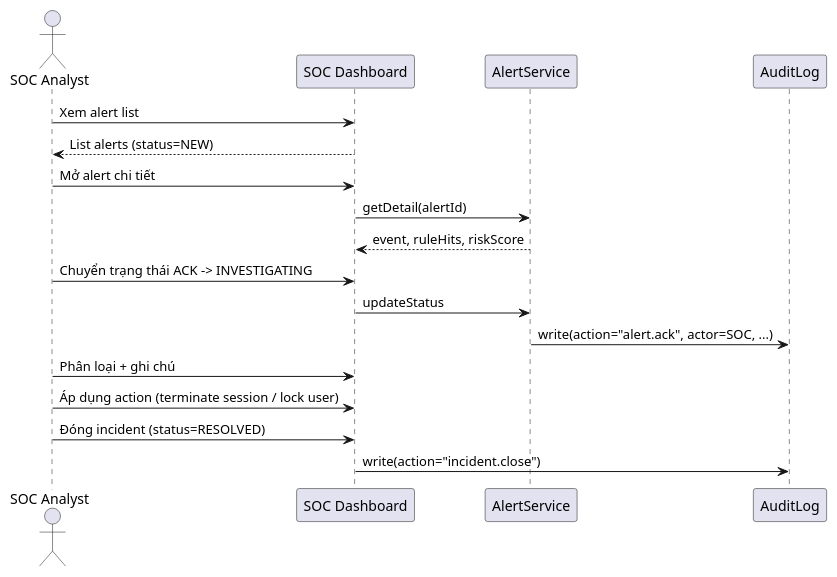
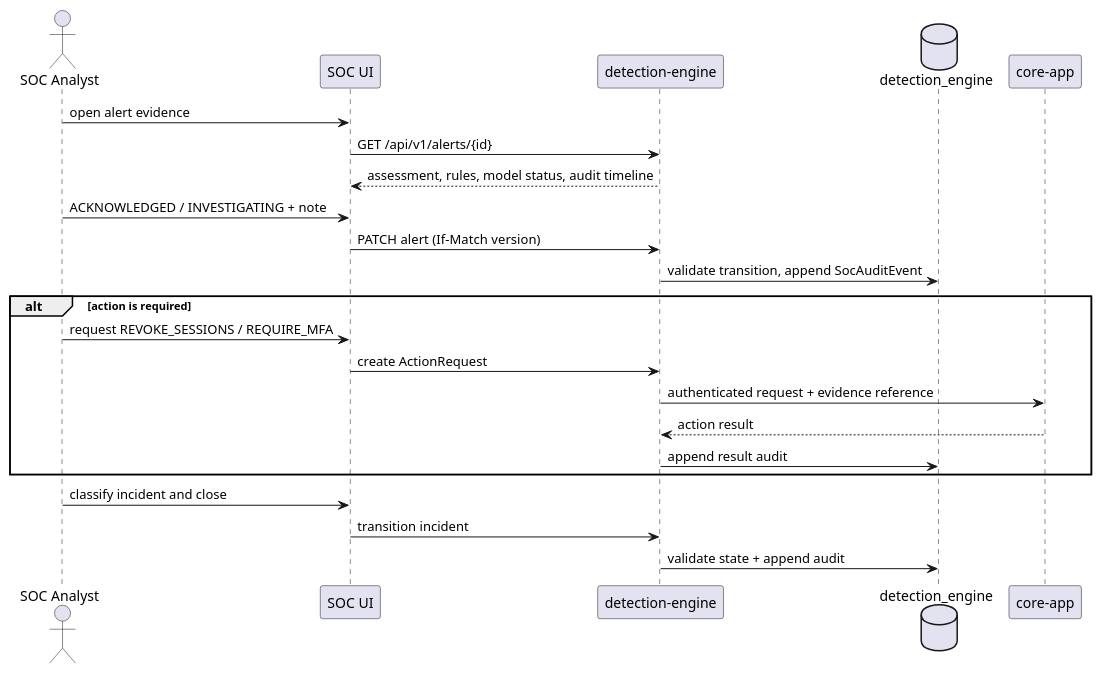
One commit to Albert-Tuan/sentinel-auth changed the diagram in docs/sequence-04-soc-handle.puml. Above: the diagram before and after it, drawn with PlantUML. The commit also changed 88 other files, not shown here.

Commit message:
feat: align sentinel auth architecture and ML inference

```diff
--- a/docs/sequence-04-soc-handle.puml
+++ b/docs/sequence-04-soc-handle.puml
@@ -1,19 +1,24 @@
-@startuml st04-soc-handle-alert
-actor "SOC Analyst" as SOC
-participant "SOC Dashboard" as DASH
-participant "AlertService" as AS
-participant "AuditLog" as AUD
+@startuml st04-soc-investigation
+actor "SOC Analyst" as soc
+participant "SOC UI" as ui
+participant "detection-engine" as detection
+database "detection_engine" as detdb
+participant "core-app" as core
 
-SOC -> DASH : Xem alert list
-DASH --> SOC : List alerts (status=NEW)
-SOC -> DASH : Mở alert chi tiết
-DASH -> AS : getDetail(alertId)
-AS --> DASH : event, ruleHits, riskScore
-SOC -> DASH : Chuyển trạng thái ACK -> INVESTIGATING
-DASH -> AS : updateStatus
-AS -> AUD : write(action="alert.ack", actor=SOC, ...)
-SOC -> DASH : Phân loại + ghi chú
-SOC -> DASH : Áp dụng action (terminate session / lock user)
-SOC -> DASH : Đóng incident (status=RESOLVED)
-DASH -> AUD : write(action="incident.close")
+soc -> ui : open alert evidence
+ui -> detection : GET /api/v1/alerts/{id}
+detection --> ui : assessment, rules, model status, audit timeline
+soc -> ui : ACKNOWLEDGED / INVESTIGATING + note
+ui -> detection : PATCH alert (If-Match version)
+detection -> detdb : validate transition, append SocAuditEvent
+alt action is required
+  soc -> ui : request REVOKE_SESSIONS / REQUIRE_MFA
+  ui -> detection : create ActionRequest
+  detection -> core : authenticated request + evidence reference
+  core --> detection : action result
+  detection -> detdb : append result audit
+end
+soc -> ui : classify incident and close
+ui -> detection : transition incident
+detection -> detdb : validate state + append audit
 @enduml
```
